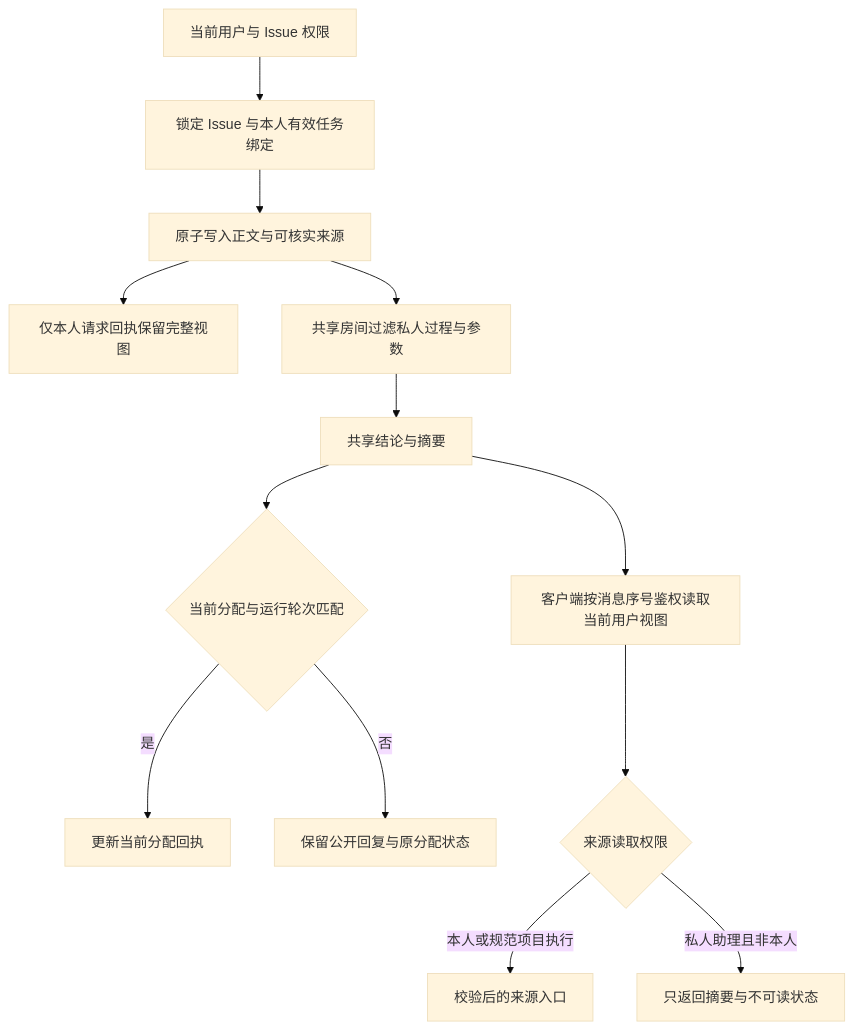
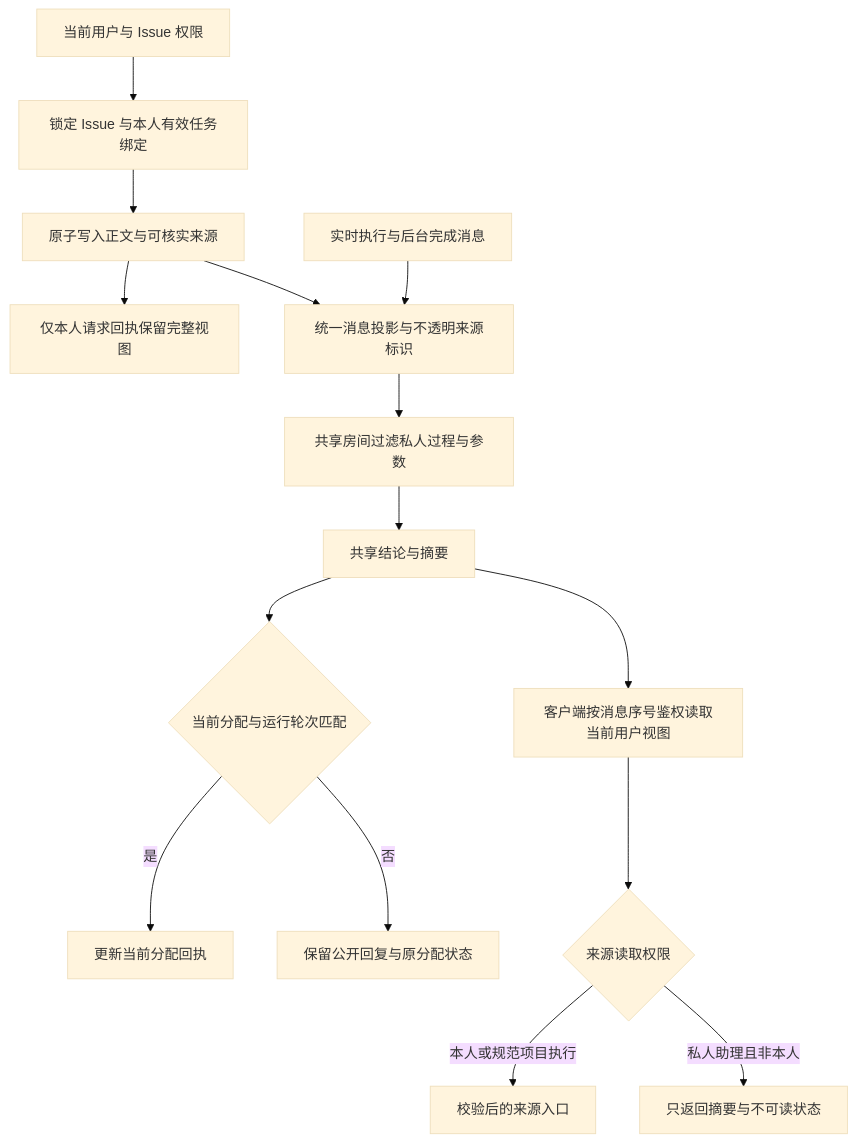
The first of 4 diagrams in docs/zh/wegent/developer-guide/collaboration-permissions.md (wecode-ai/Wegent), drawn with Mermaid (base theme) before and after one commit. The commit also changed other lines of this file and 15 other files, not shown here.

````diff
--- a/docs/zh/wegent/developer-guide/collaboration-permissions.md
+++ b/docs/zh/wegent/developer-guide/collaboration-permissions.md
@@ -9,15 +9,17 @@
 ```mermaid
 flowchart TD
     Source[当前用户与 Issue 权限] --> Lock[锁定 Issue 与本人有效任务绑定]
     Lock --> Commit[原子写入正文与可核实来源]
     Commit --> Owner[仅本人请求回执保留完整视图]
-    Commit --> Filter[共享房间过滤私人过程与参数]
+    Commit --> Projection[统一消息投影与不透明来源标识]
+    Live[实时执行与后台完成消息] --> Projection
+    Projection --> Filter[共享房间过滤私人过程与参数]
     Filter --> Public[共享结论与摘要]
     Public --> Receipt{当前分配与运行轮次匹配}
     Receipt -->|是| Complete[更新当前分配回执]
     Receipt -->|否| History[保留公开回复与原分配状态]
     Public --> Read[客户端按消息序号鉴权读取当前用户视图]
     Read --> Trace{来源读取权限}
     Trace -->|本人或规范项目执行| Scoped[校验后的来源入口]
     Trace -->|私人助理且非本人| Restricted[只返回摘要与不可读状态]
 ```
````
